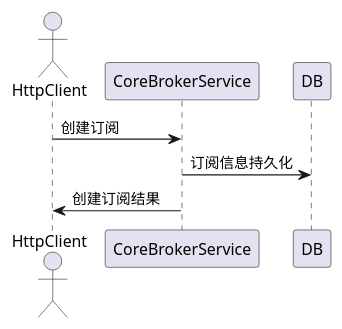
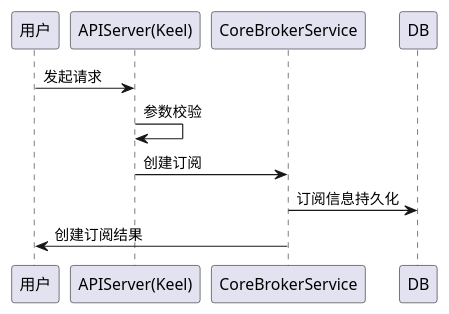
Before and after one commit to tkeel-io/docs: the first of 9 diagrams in docs/api/appendix/plantuml/core_broker.md, drawn with PlantUML. The commit also changed other lines of this file and 2 other files, not shown here.

````diff
--- a/docs/api/appendix/plantuml/core_broker.md
+++ b/docs/api/appendix/plantuml/core_broker.md
@@ -2,12 +2,15 @@
 ```plantuml
 @startuml
-actor HttpClient
+participant "用户" as user
+participant "APIServer(Keel)"  as keel
 participant CoreBrokerService
 participant DB
 
 
-HttpClient->CoreBrokerService:创建订阅
+user->keel: 发起请求
+keel->keel: 参数校验
+keel->CoreBrokerService:创建订阅
 CoreBrokerService->DB:订阅信息持久化
-CoreBrokerService->HttpClient:创建订阅结果
+CoreBrokerService->user:创建订阅结果
 @enduml
 ```
````
